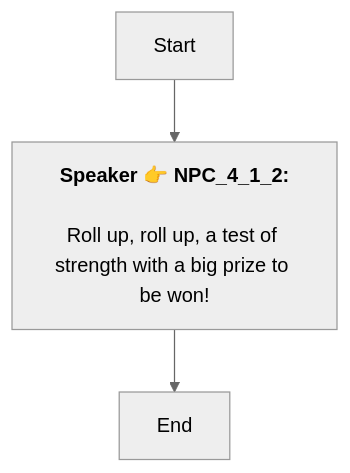
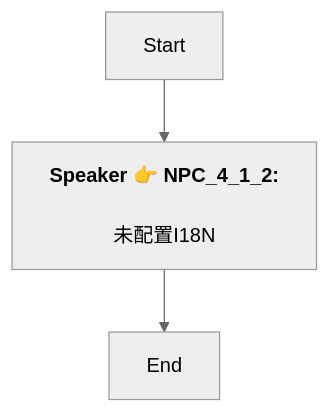
One commit to SoftHu/tos_avg changed the diagram in En/QuestApproachDialogNode_1738889536657567.md. Above: the diagram before and after it, drawn with Mermaid (neutral theme). The commit also changed 780 other files, not shown here.

````diff
--- a/En/QuestApproachDialogNode_1738889536657567.md
+++ b/En/QuestApproachDialogNode_1738889536657567.md
@@ -1,7 +1,7 @@
 ```mermaid
 graph
 Start -->1739078190976242[<b>Speaker 👉 NPC_4_1_2:</b>
-\nRoll up, roll up, a test of strength with a big prize to be won!]
+\n未配置I18N]
 1739078190976242 -->1738891203834019[End]
 
 ```
````
